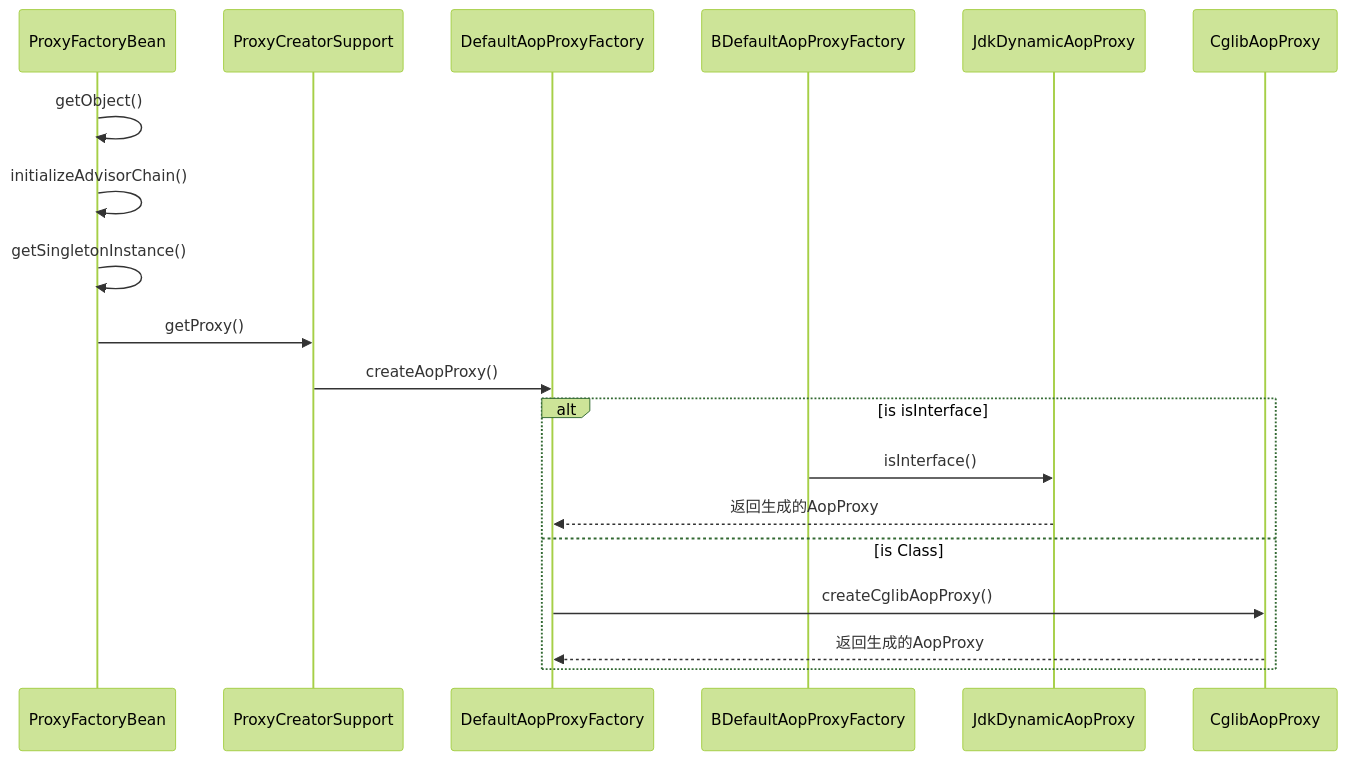
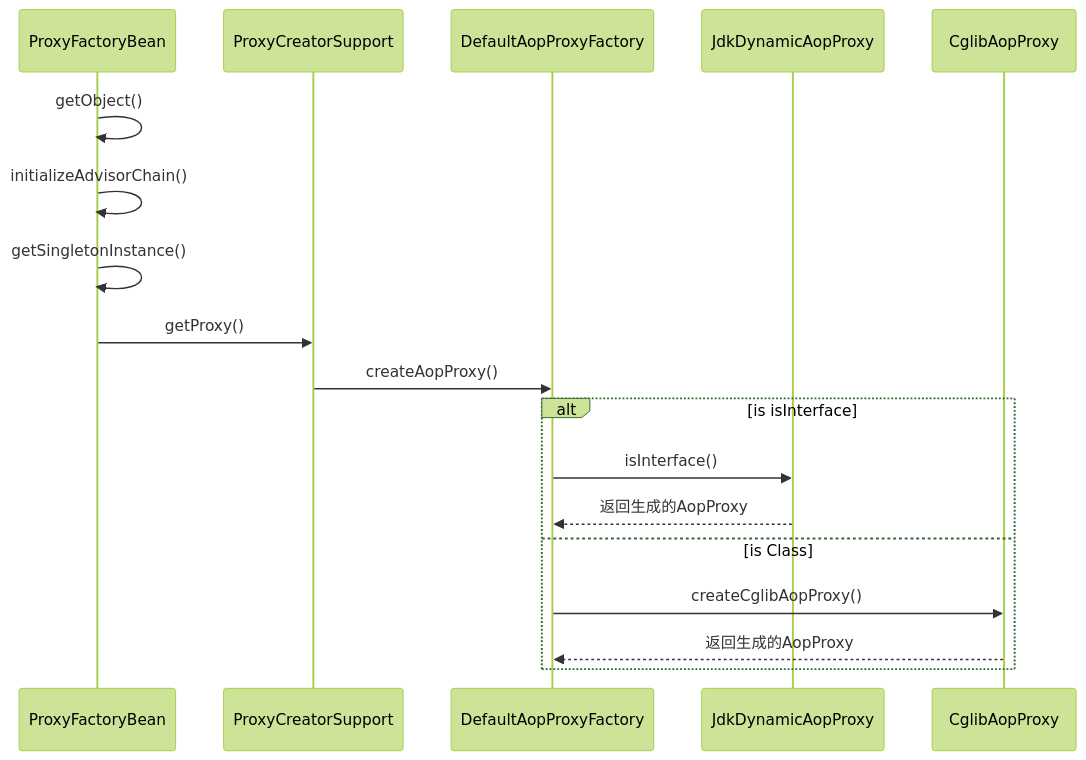
One commit to onlyonion/development changed the second of 2 diagrams in 99-book/notes/20-framework/Spring技术内幕(2).md. Above: the diagram before and after it, drawn with Mermaid (forest theme). The commit also changed 22 other files, not shown here.

````diff
--- a/99-book/notes/20-framework/Spring技术内幕(2).md
+++ b/99-book/notes/20-framework/Spring技术内幕(2).md
@@ -102,22 +102,22 @@
 ```mermaid
 sequenceDiagram
     %% FactoryBean.getObject()
-    ProxyFactoryBean ->> ProxyFactoryBean: getObject()
+    ProxyFactoryBean->>ProxyFactoryBean: getObject()
     
     %% 初始化通知器链，第一次使用时初始化
-    ProxyFactoryBean ->> ProxyFactoryBean: initializeAdvisorChain()
-    ProxyFactoryBean ->> ProxyFactoryBean: getSingletonInstance()
+    ProxyFactoryBean->>ProxyFactoryBean: initializeAdvisorChain()
+    ProxyFactoryBean->>ProxyFactoryBean: getSingletonInstance()
 
     %% 创建代理对象
-    ProxyFactoryBean ->> ProxyCreatorSupport: getProxy()
-    ProxyCreatorSupport ->> DefaultAopProxyFactory: createAopProxy()
+    ProxyFactoryBean->>ProxyCreatorSupport: getProxy()
+    ProxyCreatorSupport->>DefaultAopProxyFactory: createAopProxy()
 
     %% Jdk或者Cglib创建代理对象
     alt is isInterface
-　　　　BDefaultAopProxyFactory ->> JdkDynamicAopProxy: isInterface()
-        JdkDynamicAopProxy -->> DefaultAopProxyFactory: 返回生成的AopProxy
+　　　　DefaultAopProxyFactory->>JdkDynamicAopProxy: isInterface()
+        JdkDynamicAopProxy-->>DefaultAopProxyFactory: 返回生成的AopProxy
 　　else is Class
-　　　　DefaultAopProxyFactory ->> CglibAopProxy: createCglibAopProxy()
-        CglibAopProxy -->> DefaultAopProxyFactory: 返回生成的AopProxy
+　　　　DefaultAopProxyFactory->>CglibAopProxy: createCglibAopProxy()
+        CglibAopProxy-->>DefaultAopProxyFactory: 返回生成的AopProxy
 　　end
 ```
````
